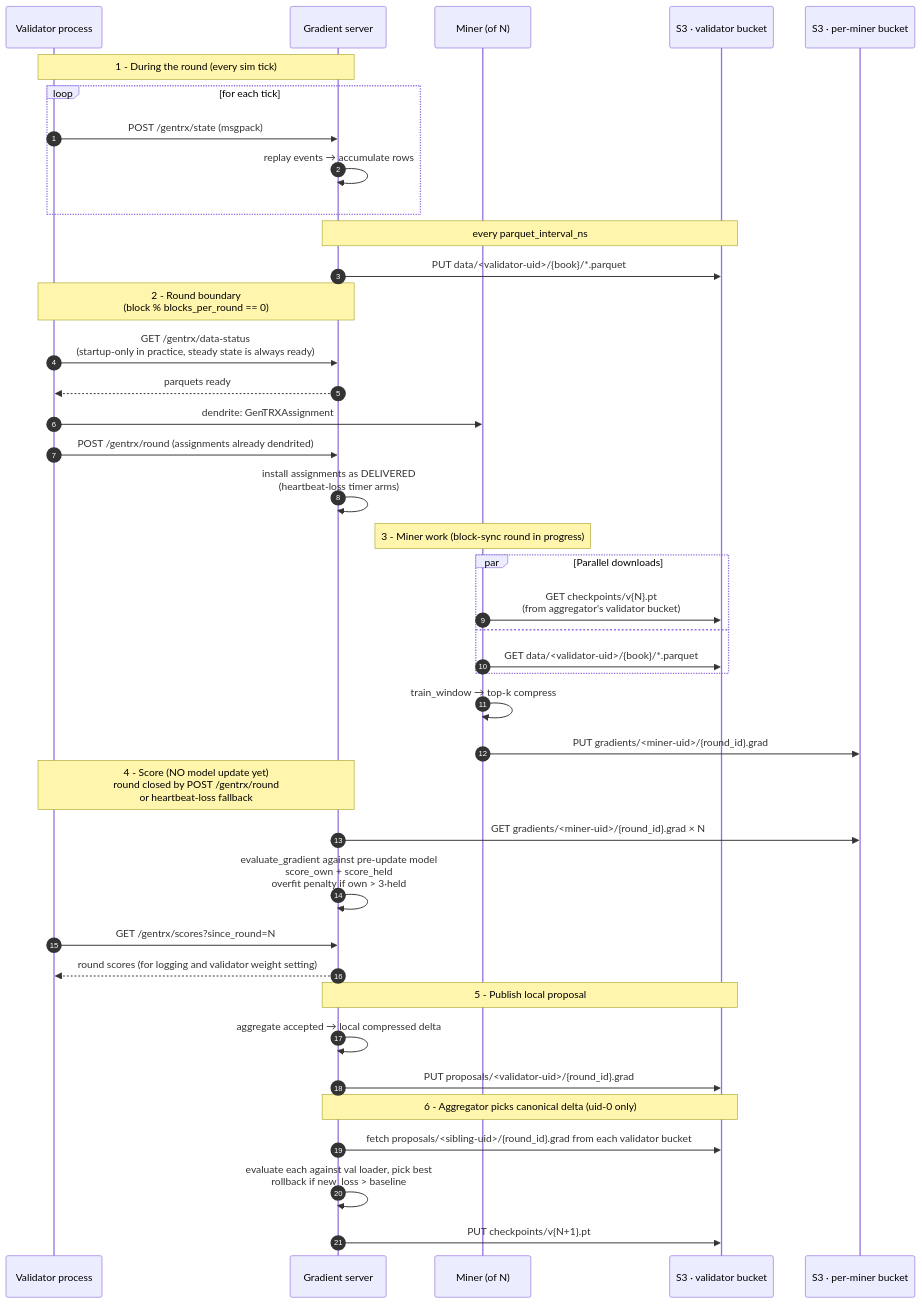
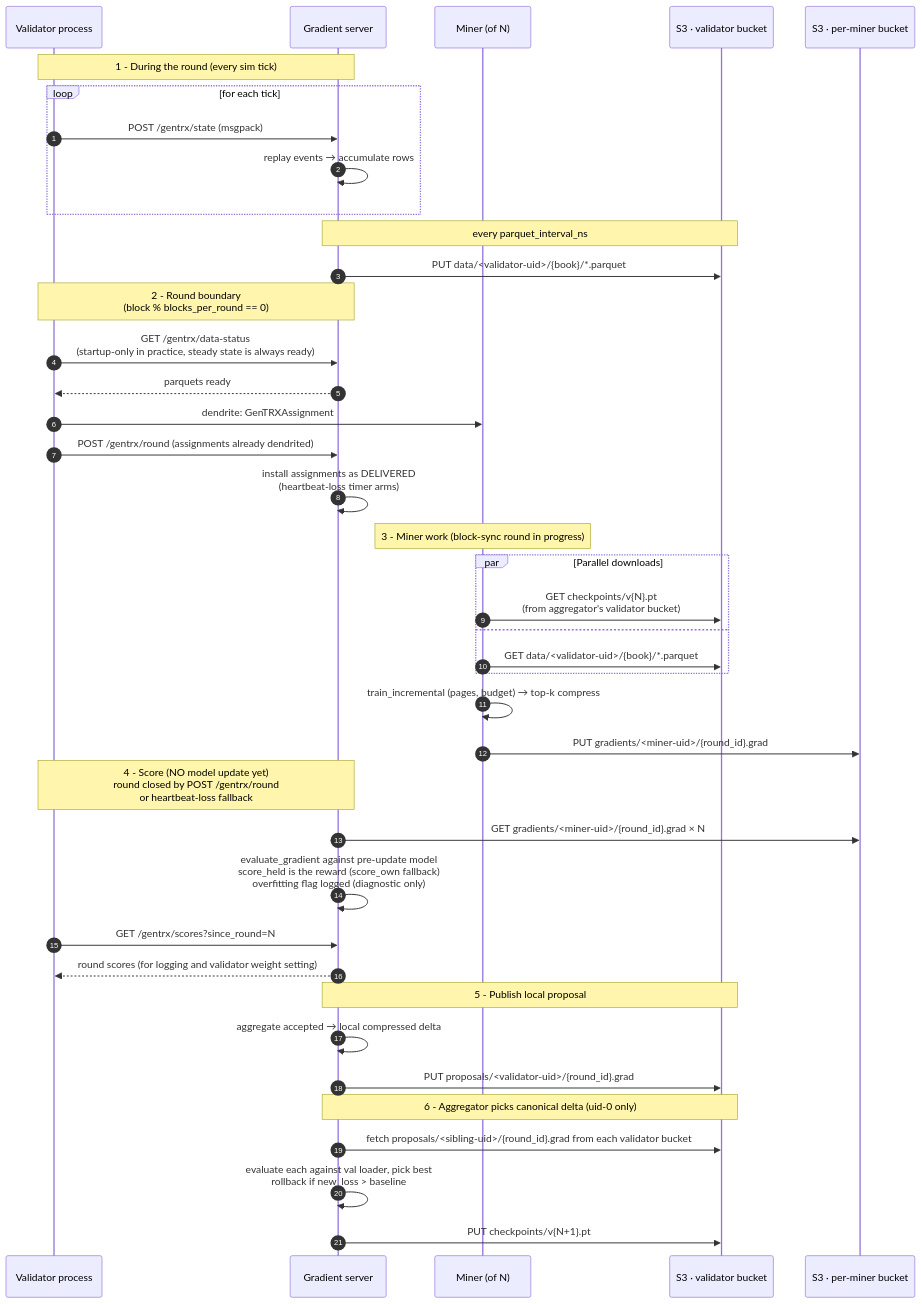
The fifth of 9 diagrams in doc/gentrx/data_flow.md (ykatyhoney/sn-79), drawn with Mermaid before and after one commit. The commit also changed other lines of this file and 72 other files, not shown here.

````diff
--- a/doc/gentrx/data_flow.md
+++ b/doc/gentrx/data_flow.md
@@ -346,48 +346,48 @@
 ```mermaid
 sequenceDiagram
     autonumber
     participant V as Validator process
     participant G as Gradient server
     participant M as Miner (of N)
     participant SV as S3 · validator bucket
     participant SM as S3 · per-miner bucket
 
     Note over V,G: 1 - During the round (every sim tick)
     loop for each tick
         V->>G: POST /gentrx/state (msgpack)
         G->>G: replay events → accumulate rows
     end
     Note over G,SV: every parquet_interval_ns
     G->>SV: PUT data/<validator-uid>/{book}/*.parquet
 
     Note over V,G: 2 - Round boundary<br/>(block % blocks_per_round == 0)
     V->>G: GET /gentrx/data-status<br/>(startup-only in practice, steady state is always ready)
     G-->>V: parquets ready
     V->>M: dendrite: GenTRXAssignment
     V->>G: POST /gentrx/round (assignments already dendrited)
     G->>G: install assignments as DELIVERED<br/>(heartbeat-loss timer arms)
 
     Note over M: 3 - Miner work (block-sync round in progress)
     par Parallel downloads
         M->>SV: GET checkpoints/v{N}.pt<br/>(from aggregator's validator bucket)
     and
         M->>SV: GET data/<validator-uid>/{book}/*.parquet
     end
-    M->>M: train_window → top-k compress
+    M->>M: train_incremental (pages, budget) → top-k compress
     M->>SM: PUT gradients/<miner-uid>/{round_id}.grad
 
     Note over V,G: 4 - Score (NO model update yet)<br/>round closed by POST /gentrx/round<br/>or heartbeat-loss fallback
     G->>SM: GET gradients/<miner-uid>/{round_id}.grad × N
-    G->>G: evaluate_gradient against pre-update model<br/>score_own + score_held<br/>overfit penalty if own > 3·held
+    G->>G: evaluate_gradient against pre-update model<br/>score_held is the reward (score_own fallback)<br/>overfitting flag logged (diagnostic only)
     V->>G: GET /gentrx/scores?since_round=N
     G-->>V: round scores (for logging and validator weight setting)
 
     Note over G,SV: 5 - Publish local proposal
     G->>G: aggregate accepted → local compressed delta
     G->>SV: PUT proposals/<validator-uid>/{round_id}.grad
 
     Note over G,SV: 6 - Aggregator picks canonical delta (uid-0 only)
     G->>SV: fetch proposals/<sibling-uid>/{round_id}.grad from each validator bucket
     G->>G: evaluate each against val loader, pick best<br/>rollback if new_loss > baseline
     G->>SV: PUT checkpoints/v{N+1}.pt
 ```
````
